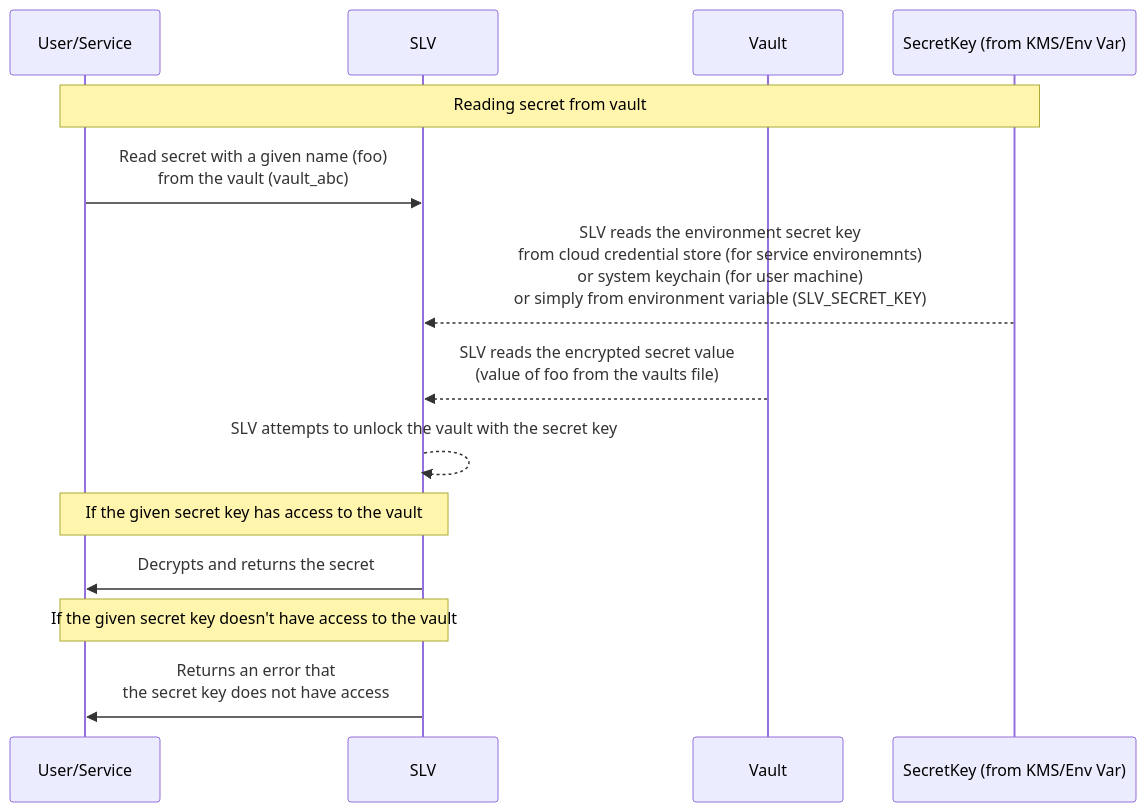
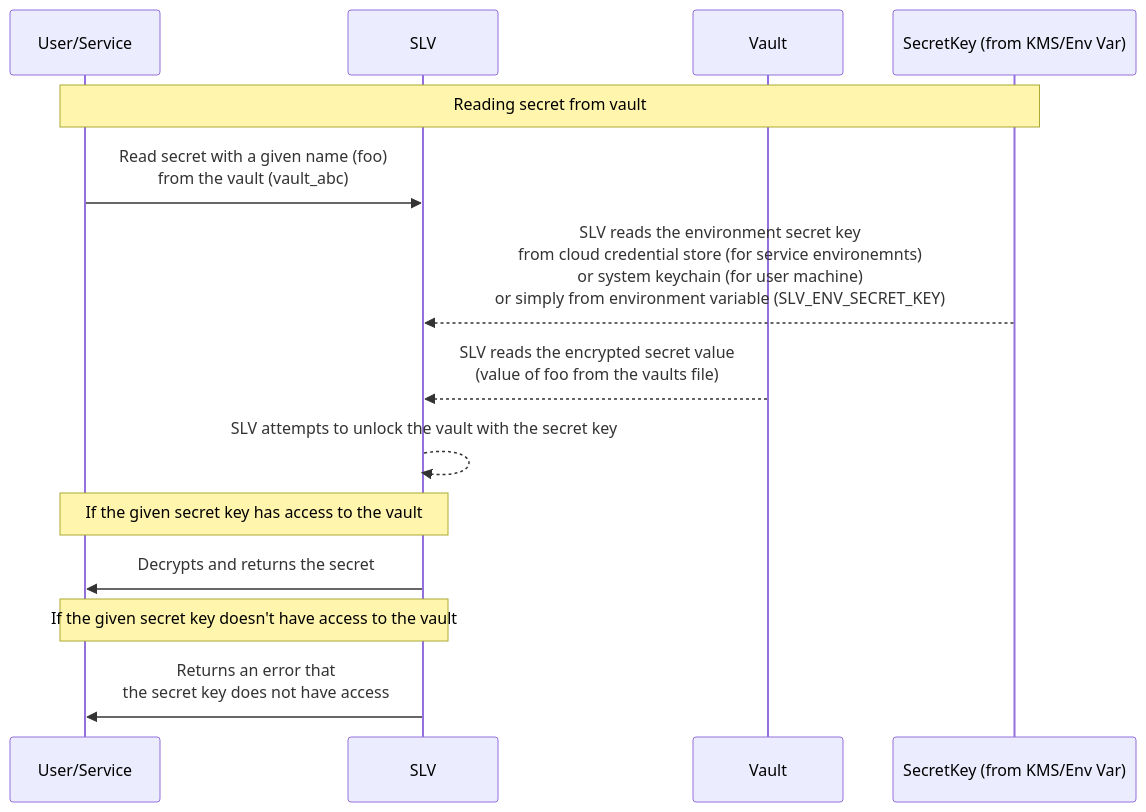
Before and after one commit to amagioss/slv: the third of 3 diagrams in WORKFLOW.md, drawn with Mermaid. The commit also changed other lines of this file and 124 other files, not shown here.

````diff
--- a/WORKFLOW.md
+++ b/WORKFLOW.md
@@ -192,17 +192,17 @@
 ```mermaid
 sequenceDiagram
     participant Env as User/Service
     participant SLV
     participant Vault
     participant SecretKey as SecretKey (from KMS/Env Var)
 
     Note over Env,SecretKey: Reading secret from vault
     Env->>SLV: Read secret with a given name (foo)<br/> from the vault (vault_abc)
-    SecretKey-->>SLV: SLV reads the environment secret key <br/> from cloud credential store (for service environemnts) <br/> or system keychain (for user machine) <br/> or simply from environment variable (SLV_SECRET_KEY)
+    SecretKey-->>SLV: SLV reads the environment secret key <br/> from cloud credential store (for service environemnts) <br/> or system keychain (for user machine) <br/> or simply from environment variable (SLV_ENV_SECRET_KEY)
     Vault-->>SLV: SLV reads the encrypted secret value <br/> (value of foo from the vaults file)
     SLV-->>SLV: SLV attempts to unlock the vault with the secret key
     Note over Env,SLV: If the given secret key has access to the vault
     SLV->>Env: Decrypts and returns the secret
     Note over Env,SLV: If the given secret key doesn't have access to the vault
     SLV->>Env: Returns an error that <br/> the secret key does not have access
 ```
````
